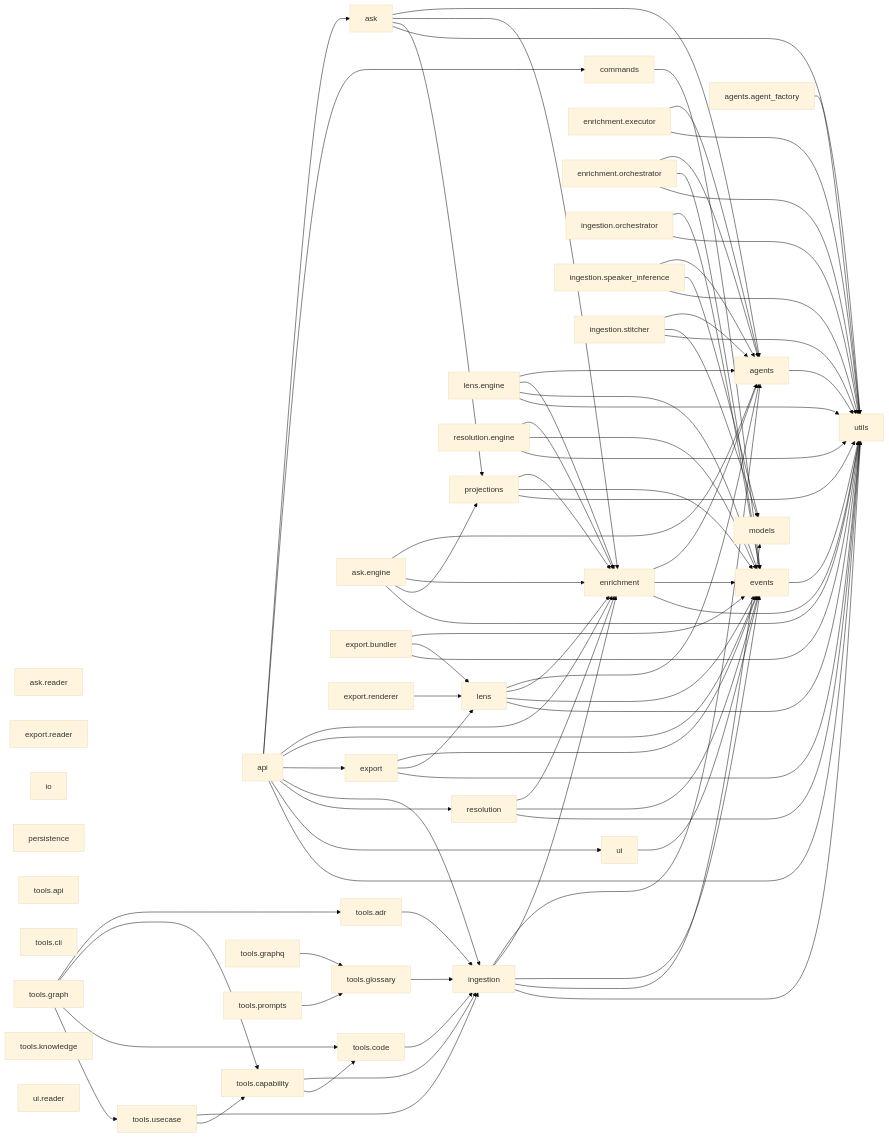
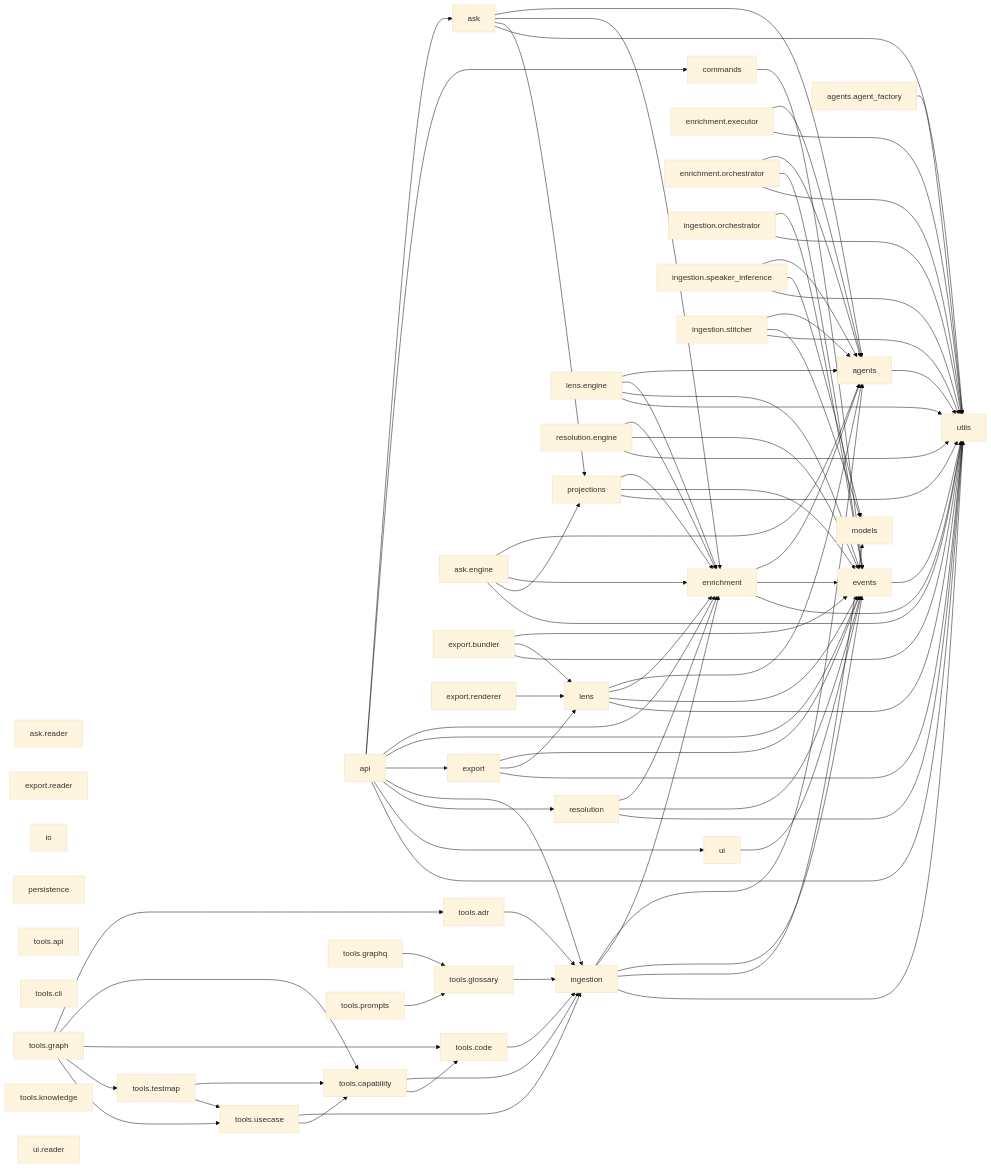
One commit to DigitalCowboyN/interview_analyzer_chaining changed the diagram in docs/code/pipeline.md. Above: the diagram before and after it, drawn with Mermaid (base theme). The commit also changed 37 other files, not shown here.

```diff
--- a/docs/code/pipeline.md
+++ b/docs/code/pipeline.md
@@ -83,10 +83,13 @@
     tools.graph --> tools.adr
     tools.graph --> tools.capability
     tools.graph --> tools.code
+    tools.graph --> tools.testmap
     tools.graph --> tools.usecase
     tools.graphq --> tools.glossary
     tools.knowledge
     tools.prompts --> tools.glossary
+    tools.testmap --> tools.capability
+    tools.testmap --> tools.usecase
     tools.usecase --> ingestion
     tools.usecase --> tools.capability
     ui --> events
```
